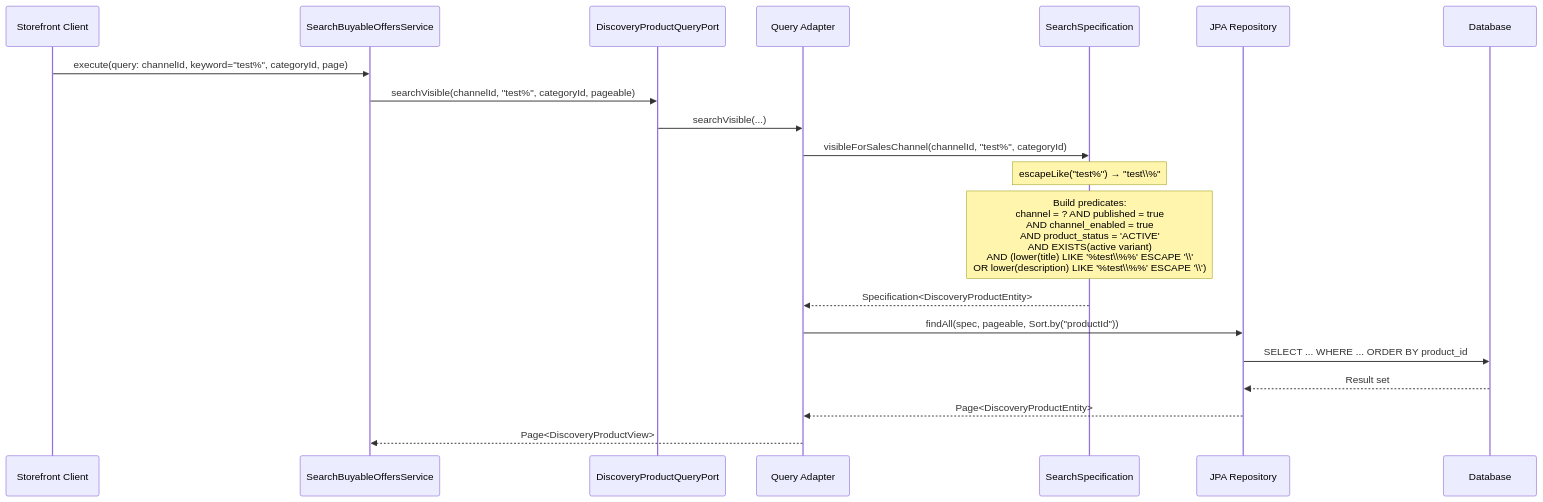
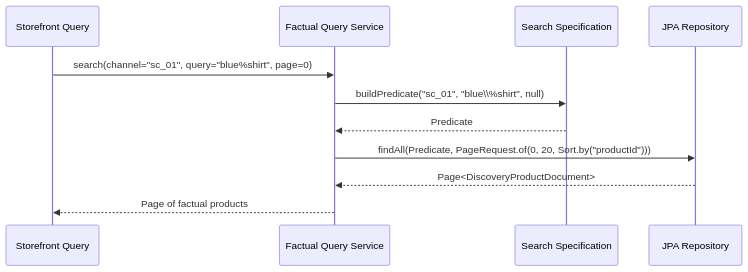
Before and after one commit to khinemyaezin/grab: the third of 3 diagrams in docs/spec/system/discovery-search-visibility-tech-spec.md, drawn with Mermaid. The commit also changed other lines of this file and 22 other files, not shown here.

````diff
--- a/docs/spec/system/discovery-search-visibility-tech-spec.md
+++ b/docs/spec/system/discovery-search-visibility-tech-spec.md
@@ -142,23 +84,14 @@
 ```mermaid
 sequenceDiagram
-    participant Client as Storefront Client
-    participant Svc as SearchBuyableOffersService
-    participant Port as DiscoveryProductQueryPort
-    participant Adapter as Query Adapter
-    participant Spec as SearchSpecification
-    participant JPA as JPA Repository
-    participant DB as Database
+    participant Client as Storefront Query
+    participant Service as Factual Query Service
+    participant Spec as Search Specification
+    participant DB as JPA Repository
 
-    Client->>Svc: execute(query: channelId, keyword="test%", categoryId, page)
-    Svc->>Port: searchVisible(channelId, "test%", categoryId, pageable)
-    Port->>Adapter: searchVisible(...)
-    Adapter->>Spec: visibleForSalesChannel(channelId, "test%", categoryId)
-    Note over Spec: escapeLike("test%") → "test\\%"
-    Note over Spec: Build predicates:<br/>channel = ? AND published = true<br/>AND channel_enabled = true<br/>AND product_status = 'ACTIVE'<br/>AND EXISTS(active variant)<br/>AND (lower(title) LIKE '%test\\%%' ESCAPE '\\'<br/>OR lower(description) LIKE '%test\\%%' ESCAPE '\\')
-    Spec-->>Adapter: Specification<DiscoveryProductEntity>
-    Adapter->>JPA: findAll(spec, pageable, Sort.by("productId"))
-    JPA->>DB: SELECT ... WHERE ... ORDER BY product_id
-    DB-->>JPA: Result set
-    JPA-->>Adapter: Page<DiscoveryProductEntity>
-    Adapter-->>Svc: Page<DiscoveryProductView>
+    Client->>Service: search(channel="sc_01", query="blue%shirt", page=0)
+    Service->>Spec: buildPredicate("sc_01", "blue\\%shirt", null)
+    Spec-->>Service: Predicate
+    Service->>DB: findAll(Predicate, PageRequest.of(0, 20, Sort.by("productId")))
+    DB-->>Service: Page<DiscoveryProductDocument>
+    Service-->>Client: Page of factual products
 ```
````
